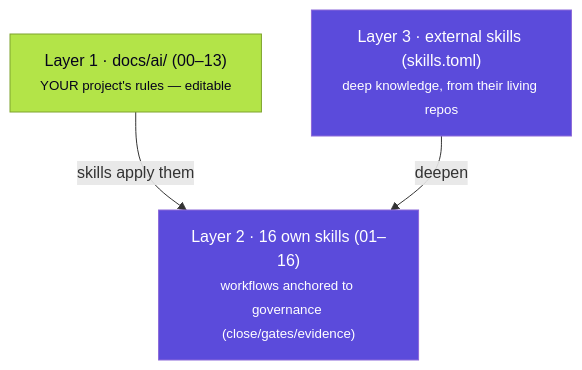
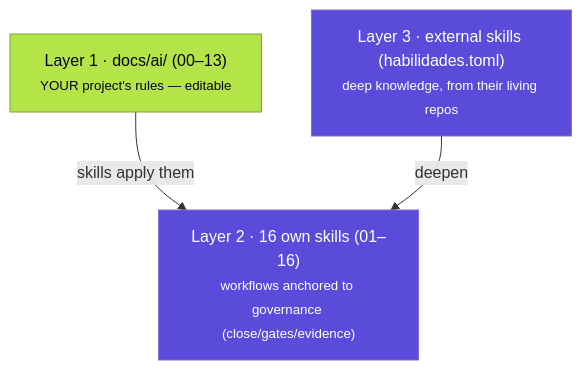
The diagram in docs/skills-guia.en.md (MscottB/tramalia), drawn with Mermaid before and after one commit. The commit also changed other lines of this file and 69 other files, not shown here.

````diff
--- a/docs/skills-guia.en.md
+++ b/docs/skills-guia.en.md
@@ -5,10 +5,10 @@
 ```mermaid
 flowchart TB
     classDef s fill:#5b4bdb,stroke:#8c68d9,color:#ffffff;
     classDef u fill:#b3e448,stroke:#7fa32e,color:#05031c;
     A["Layer 1 · docs/ai/ (00–13)<br/><small>YOUR project's rules — editable</small>"]:::u
     B["Layer 2 · 16 own skills (01–16)<br/><small>workflows anchored to governance (close/gates/evidence)</small>"]:::s
-    C["Layer 3 · external skills (skills.toml)<br/><small>deep knowledge, from their living repos</small>"]:::s
+    C["Layer 3 · external skills (habilidades.toml)<br/><small>deep knowledge, from their living repos</small>"]:::s
     A -->|skills apply them| B
     C -->|deepen| B
 ```
````
